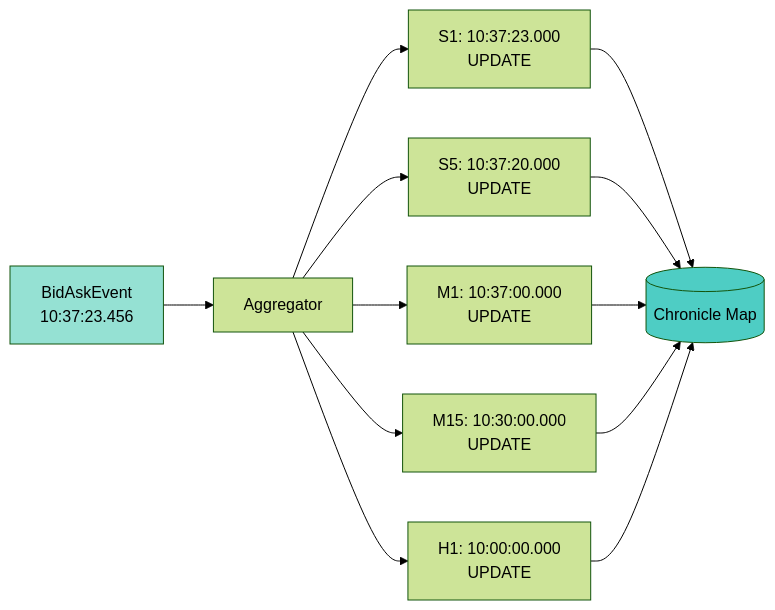
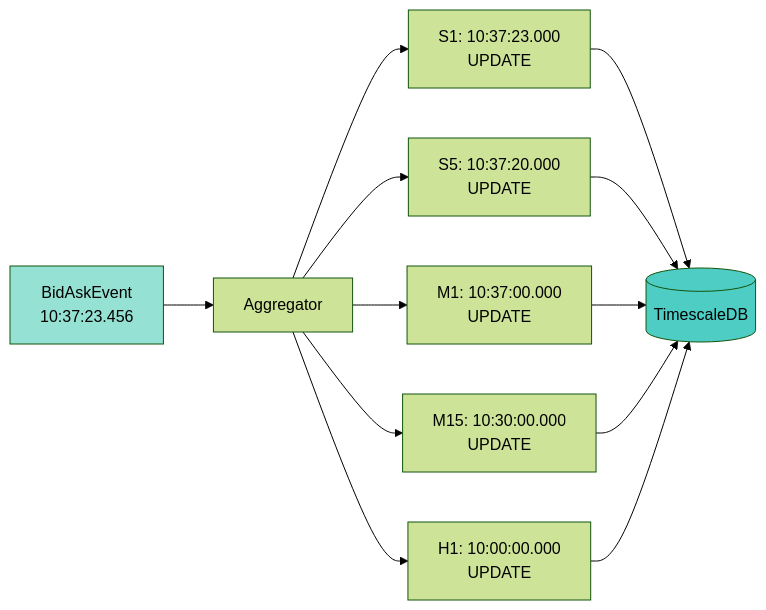
The third of 9 diagrams in README.md (0xkanth/candle-aggregation-service), drawn with Mermaid (forest theme) before and after one commit. The commit also changed other lines of this file and 26 other files, not shown here.

Commit message:
doc: remove references of chronicleMap and update references to timescale db (#1)

````diff
--- a/README.md
+++ b/README.md
@@ -175,19 +160,19 @@
 ```mermaid
 flowchart LR
     Event[BidAskEvent<br/>10:37:23.456] --> AGG[Aggregator]
     
     AGG --> S1[S1: 10:37:23.000<br/>UPDATE]
     AGG --> S5[S5: 10:37:20.000<br/>UPDATE]
     AGG --> M1[M1: 10:37:00.000<br/>UPDATE]
     AGG --> M15[M15: 10:30:00.000<br/>UPDATE]
     AGG --> H1[H1: 10:00:00.000<br/>UPDATE]
     
-    S1 --> CM[(Chronicle Map)]
-    S5 --> CM
-    M1 --> CM
-    M15 --> CM
-    H1 --> CM
+    S1 --> TS[(TimescaleDB)]
+    S5 --> TS
+    M1 --> TS
+    M15 --> TS
+    H1 --> TS
     
     style Event fill:#95e1d3
-    style CM fill:#4ecdc4
+    style TS fill:#4ecdc4
 ```
````
